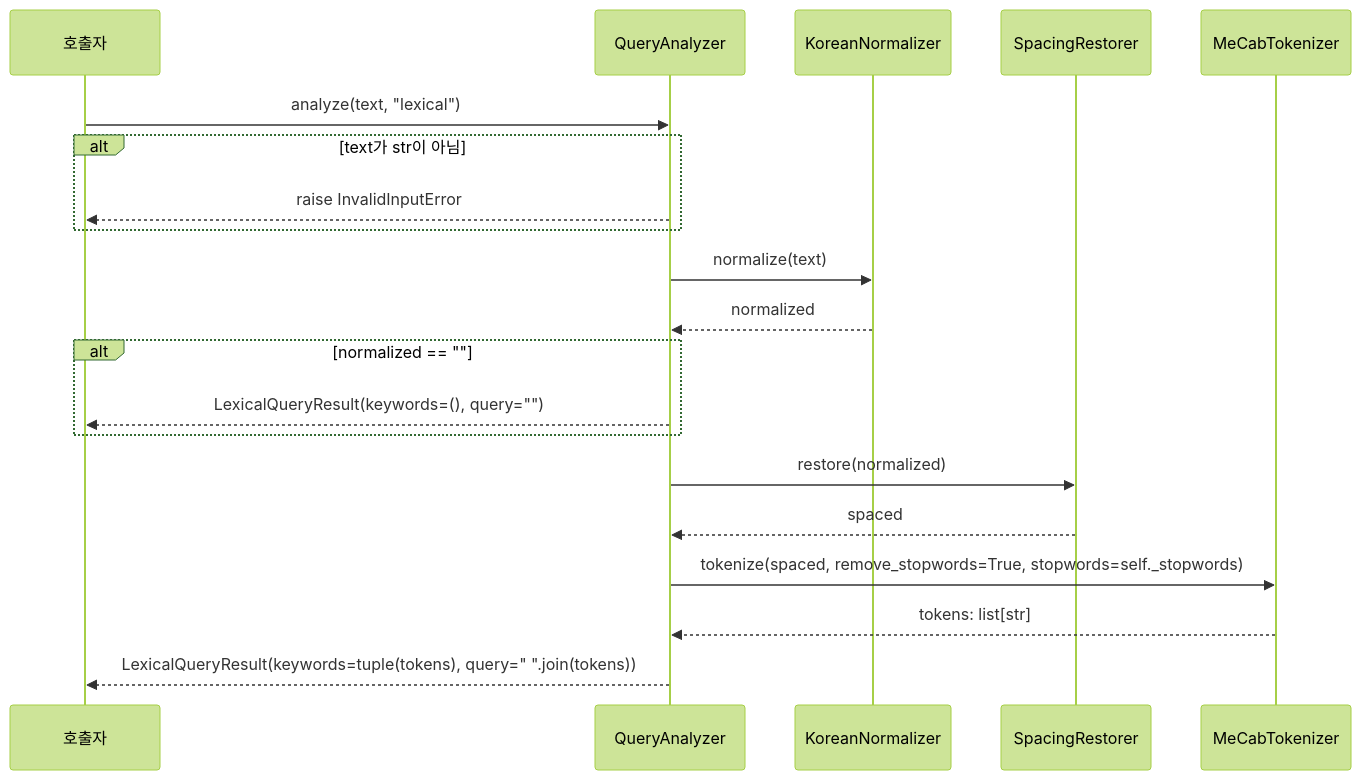
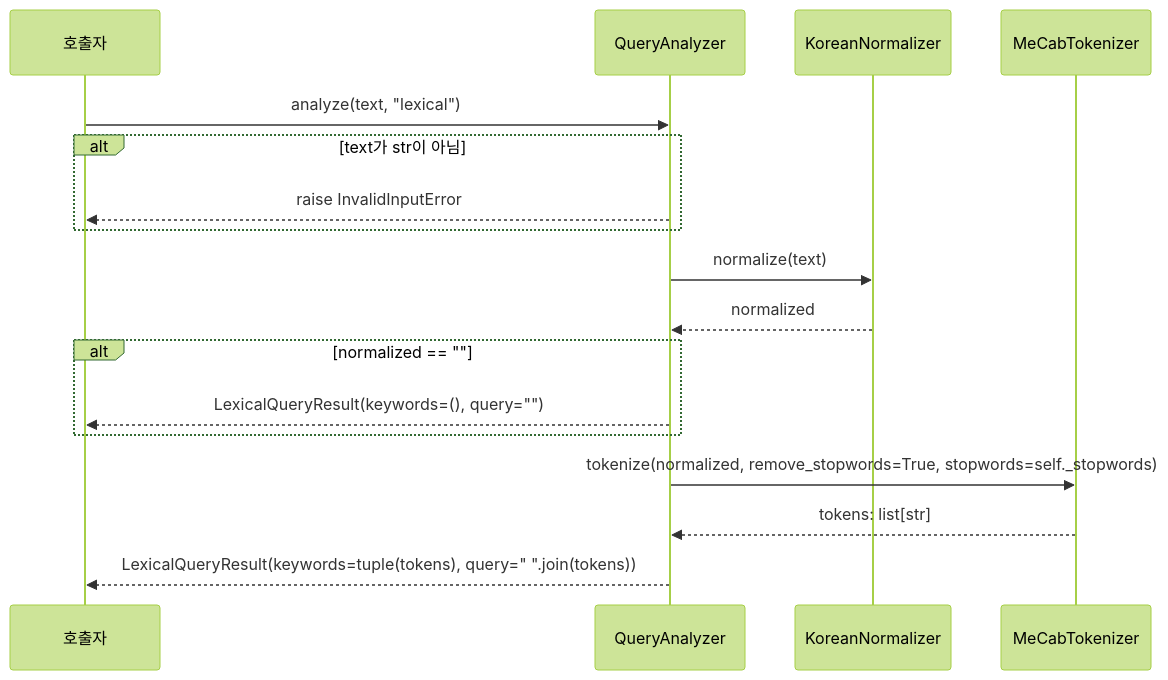
The sixth of 8 diagrams in docs/SPEC.md (Namkyungyun/nlp-core), drawn with Mermaid (forest theme) before and after one commit. The commit also changed other lines of this file and 17 other files, not shown here.

First line of the commit message:
refactor: remove SpacingRestorer from SDK

````diff
--- a/docs/SPEC.md
+++ b/docs/SPEC.md
@@ -746,23 +662,20 @@
 ```mermaid
 sequenceDiagram
     participant C as 호출자
     participant QA as QueryAnalyzer
     participant N as KoreanNormalizer
-    participant SR as SpacingRestorer
     participant T as MeCabTokenizer
 
     C->>QA: analyze(text, "lexical")
     alt text가 str이 아님
         QA-->>C: raise InvalidInputError
     end
     QA->>N: normalize(text)
     N-->>QA: normalized
     alt normalized == ""
         QA-->>C: LexicalQueryResult(keywords=(), query="")
     end
-    QA->>SR: restore(normalized)
-    SR-->>QA: spaced
-    QA->>T: tokenize(spaced, remove_stopwords=True, stopwords=self._stopwords)
+    QA->>T: tokenize(normalized, remove_stopwords=True, stopwords=self._stopwords)
     T-->>QA: tokens: list[str]
     QA-->>C: LexicalQueryResult(keywords=tuple(tokens), query=" ".join(tokens))
 ```
````
